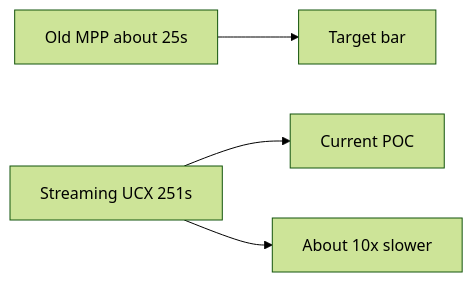
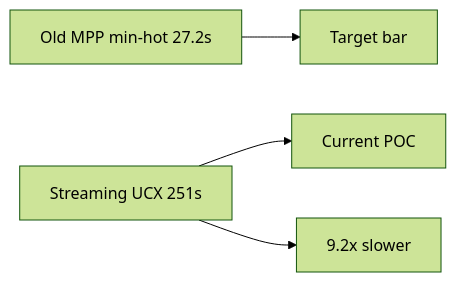
The fifth of 6 diagrams in docs/pipelined-shuffle-tpch-status-20260721.md (winningsix/spark), drawn with Mermaid (forest theme) before and after one commit. The commit also changed other lines of this file, not shown here.

Commit message:
docs(shuffle): compare streaming POC with MPP min-hot baseline

````diff
--- a/docs/pipelined-shuffle-tpch-status-20260721.md
+++ b/docs/pipelined-shuffle-tpch-status-20260721.md
@@ -244,6 +250,6 @@
 ```mermaid
 flowchart LR
-  A[Old MPP about 25s] --> B[Target bar]
+  A[Old MPP min-hot 27.2s] --> B[Target bar]
   C[Streaming UCX 251s] --> D[Current POC]
-  C --> E[About 10x slower]
+  C --> E[9.2x slower]
 ```
````
